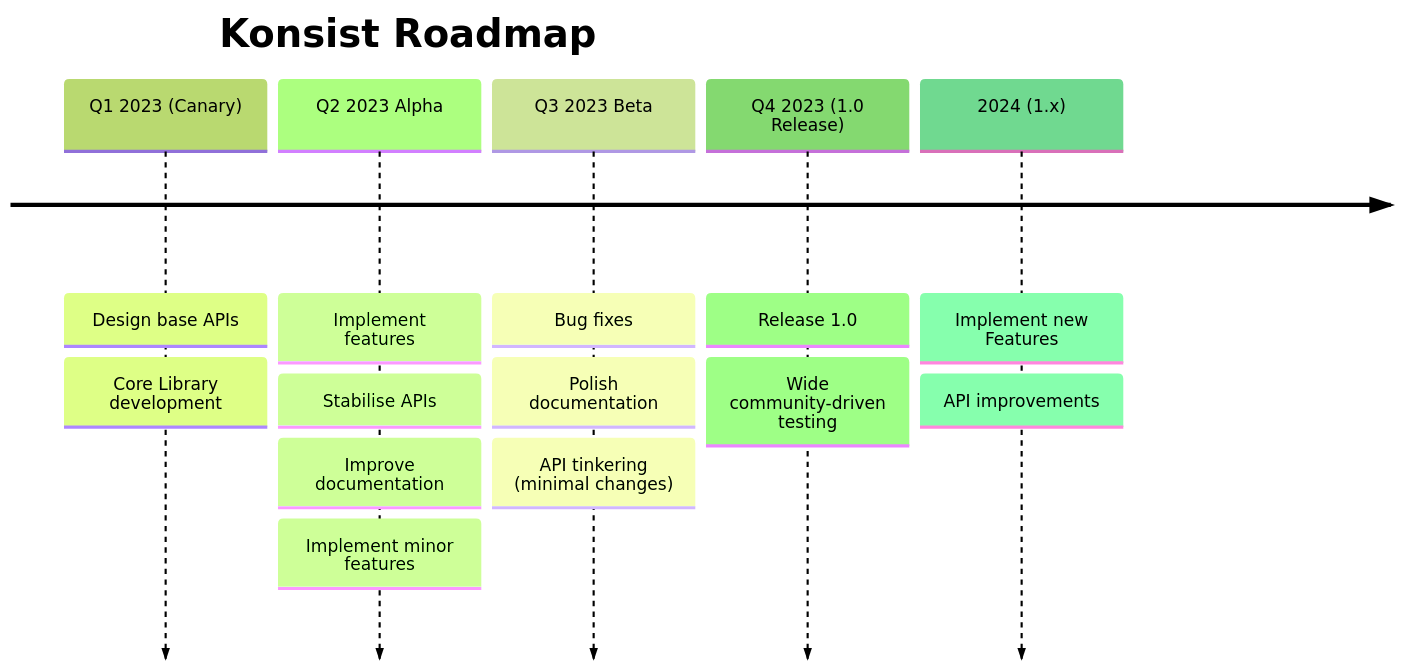
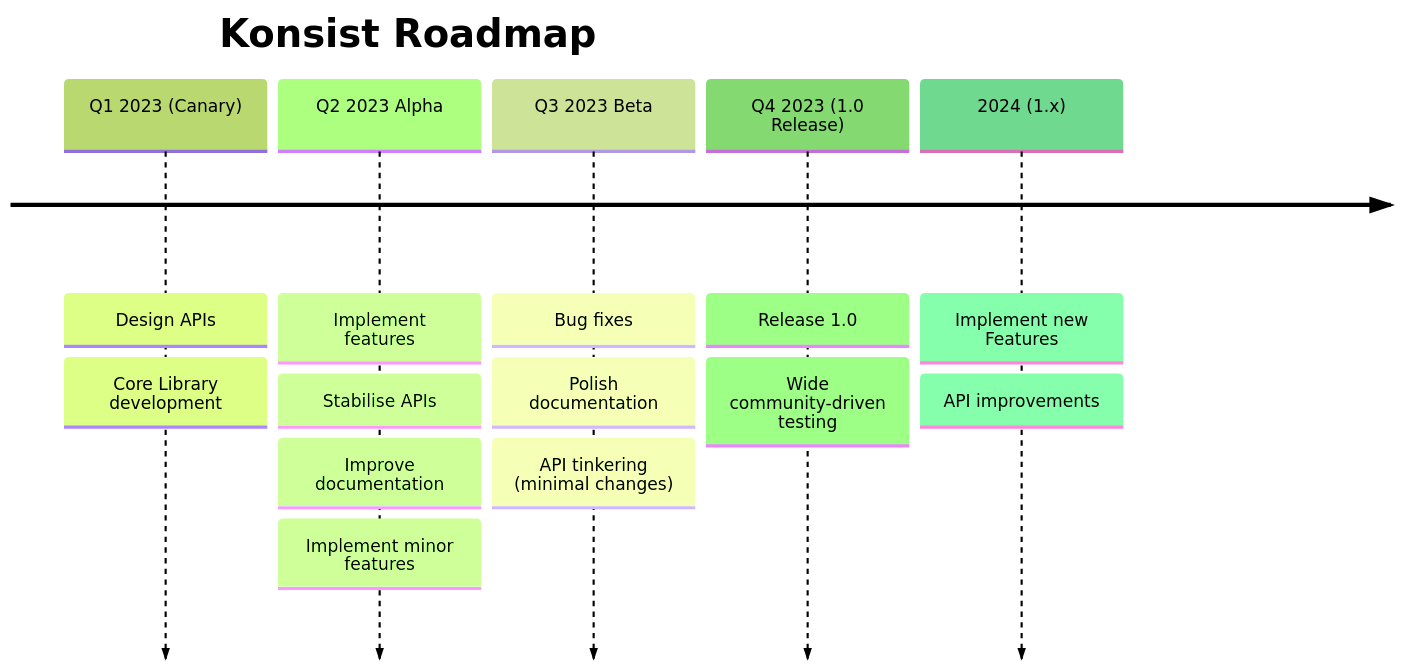
One commit to LemonAppDev/konsist-documentation changed the diagram in getting-started/project-roadmap.md. Above: the diagram before and after it, drawn with Mermaid.

Commit message:
GITBOOK-66: change request with no subject merged in GitBook

````diff
--- a/getting-started/project-roadmap.md
+++ b/getting-started/project-roadmap.md
@@ -7,18 +7,18 @@
 ```mermaid
-%%{init: { 'logLevel': 'debug', 'theme': 'forest' }}%%
+%%{init: { 'theme': 'forest' }}%%
 timeline
     title Konsist Roadmap
-    Q1 2023 (Canary): Design base APIs
+    Q1 2023 (Canary): Design APIs
     : Core Library development
     Q2 2023 Alpha: Implement features
             : Stabilise APIs
             : Improve documentation
             : Implement minor features
     Q3 2023 Beta: Bug fixes
             : Polish documentation
             : API tinkering (minimal changes)
     Q4 2023 (1.0 Release): Release 1.0
     : Wide community-driven testing
     2024 (1.x): Implement new Features
     : API improvements 
 ```
````
